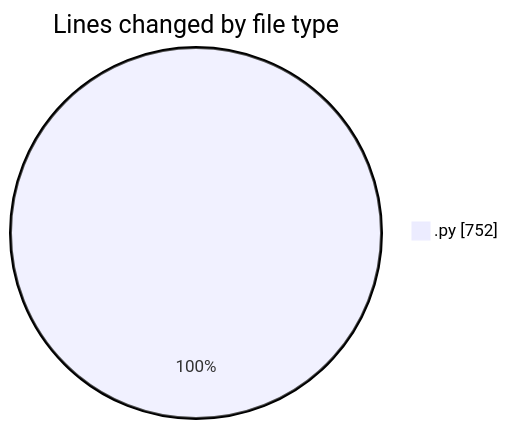
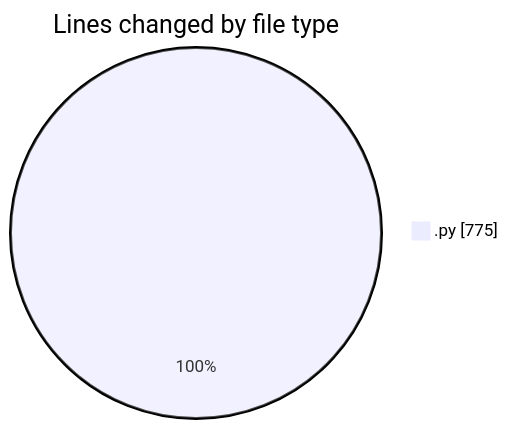
Before and after one commit to julien-gomy/code-tracking: the first of 2 diagrams in 2025-10-14/eventscop-api-guide__workspace_/README.md, drawn with Mermaid. The commit also changed other lines of this file and 1 other file, not shown here.

````diff
--- a/2025-10-14/eventscop-api-guide__workspace_/README.md
+++ b/2025-10-14/eventscop-api-guide__workspace_/README.md
@@ -20,5 +20,5 @@
 ```mermaid
 pie showData
 title Lines changed by file type
-".py" : 752
+".py" : 775
 ```
````
